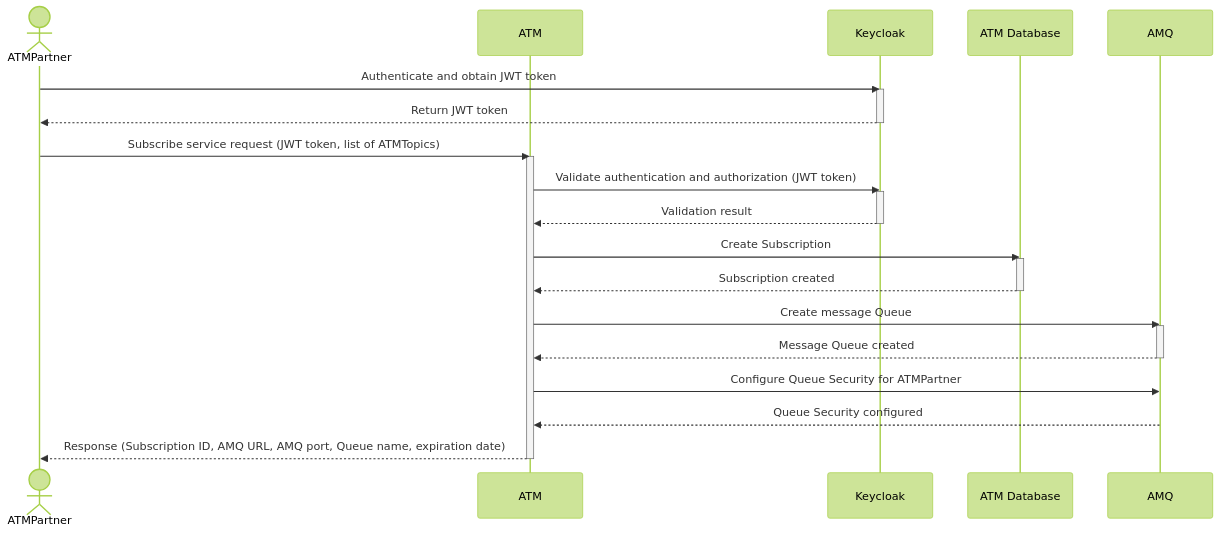
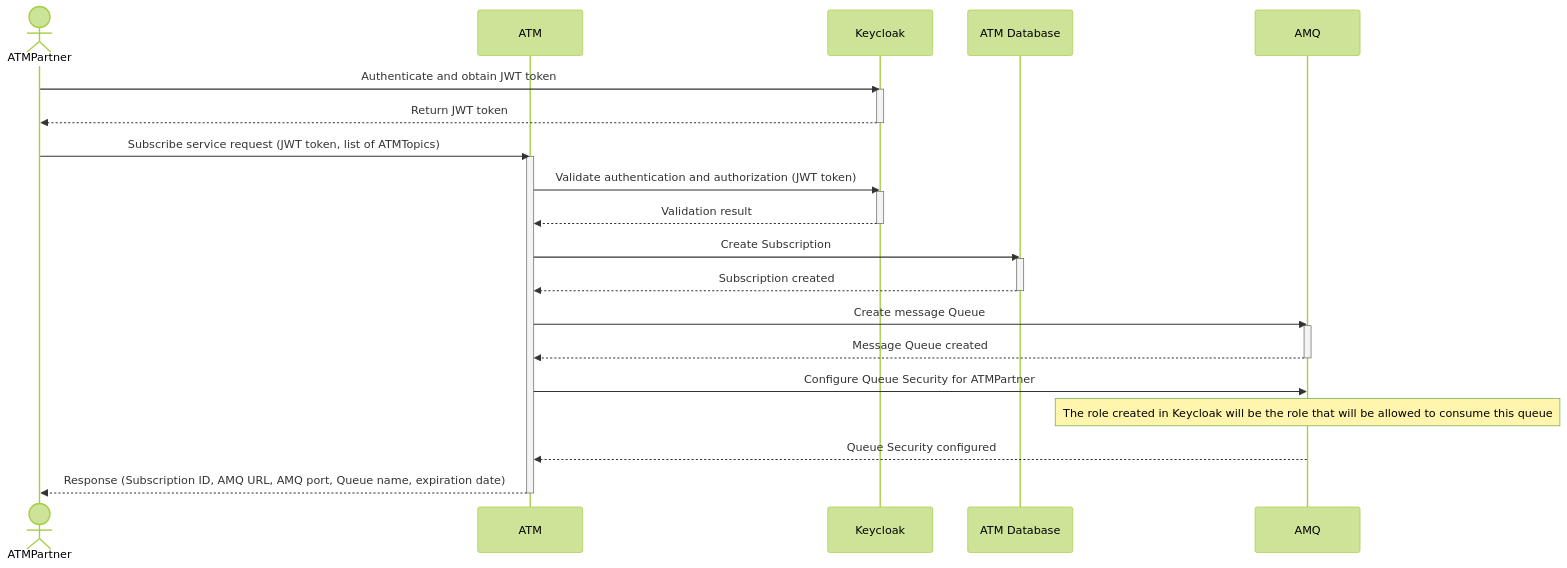
Before and after one commit to marcelomrwin/atm-demo: the second of 2 diagrams in README.md, drawn with Mermaid (forest theme).

Commit message:
Update project

````diff
--- a/README.md
+++ b/README.md
@@ -52,38 +52,38 @@
 ```mermaid
 sequenceDiagram
     actor A as ATMPartner
     participant B as ATM
     participant Keycloak
     participant Database as ATM Database
     participant AMQ
 
     A->>Keycloak: Authenticate and obtain JWT token
     activate Keycloak
     Keycloak-->>A: Return JWT token
     deactivate Keycloak
 
     A->>B: Subscribe service request (JWT token, list of ATMTopics)
     activate B
 
     B->>Keycloak: Validate authentication and authorization (JWT token)
     activate Keycloak
     Keycloak-->>B: Validation result
     deactivate Keycloak
 
     B->>Database: Create Subscription
     activate Database
     Database-->>B: Subscription created
     deactivate Database
 
     B->>AMQ: Create message Queue
     activate AMQ
     AMQ-->>B: Message Queue created
     deactivate AMQ
 
     B->>AMQ: Configure Queue Security for ATMPartner
+    Note over AMQ: The role created in Keycloak will be the role that will be allowed to consume this queue
     AMQ-->>B: Queue Security configured
 
     B-->>A: Response (Subscription ID, AMQ URL, AMQ port, Queue name, expiration date)
     deactivate B
-
 ```
````
